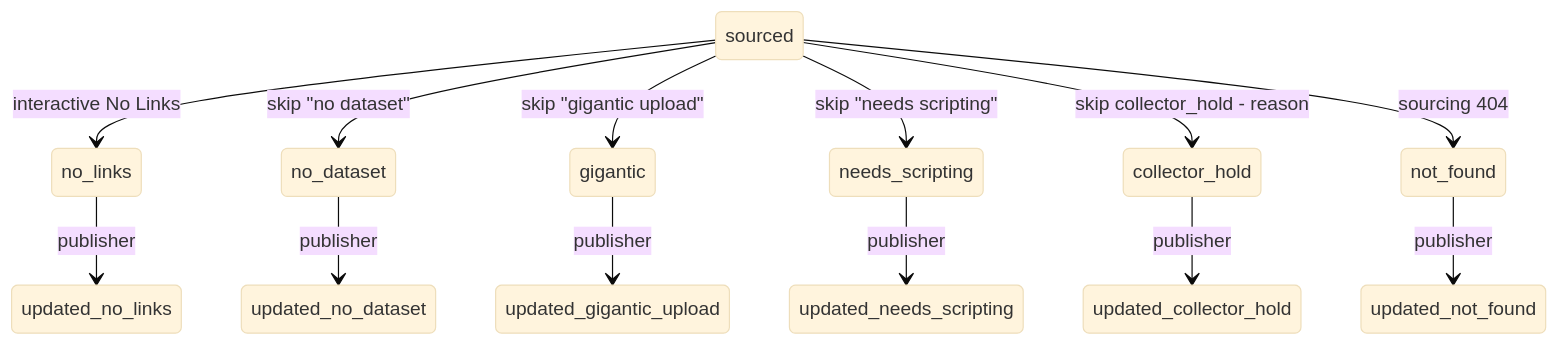
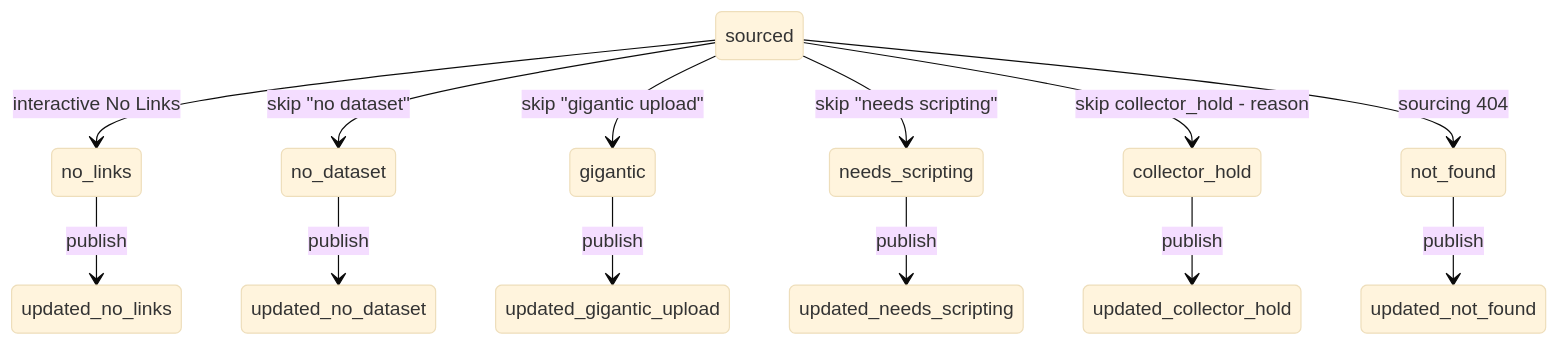
The fifth of 6 diagrams in docs/Status.md (mkraley/DRPPipeline), drawn with Mermaid (base theme) before and after one commit. The commit also changed other lines of this file and 48 other files, not shown here.

````diff
--- a/docs/Status.md
+++ b/docs/Status.md
@@ -162,16 +161,16 @@
 ```mermaid
 stateDiagram-v2
   sourced --> no_links: interactive No Links
   sourced --> no_dataset: skip "no dataset"
   sourced --> gigantic: skip "gigantic upload"
   sourced --> needs_scripting: skip "needs scripting"
   sourced --> collector_hold: skip collector_hold - reason
   sourced --> not_found: sourcing 404
 
-  no_links --> updated_no_links: publisher
-  no_dataset --> updated_no_dataset: publisher
-  gigantic --> updated_gigantic_upload: publisher
-  needs_scripting --> updated_needs_scripting: publisher
-  collector_hold --> updated_collector_hold: publisher
-  not_found --> updated_not_found: publisher
+  no_links --> updated_no_links: publish
+  no_dataset --> updated_no_dataset: publish
+  gigantic --> updated_gigantic_upload: publish
+  needs_scripting --> updated_needs_scripting: publish
+  collector_hold --> updated_collector_hold: publish
+  not_found --> updated_not_found: publish
 ```
````
